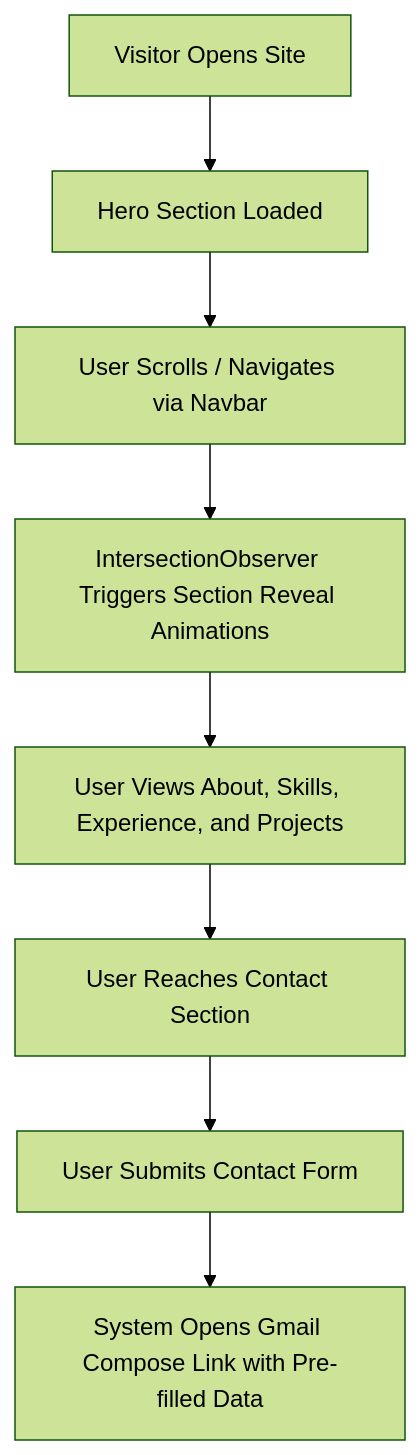
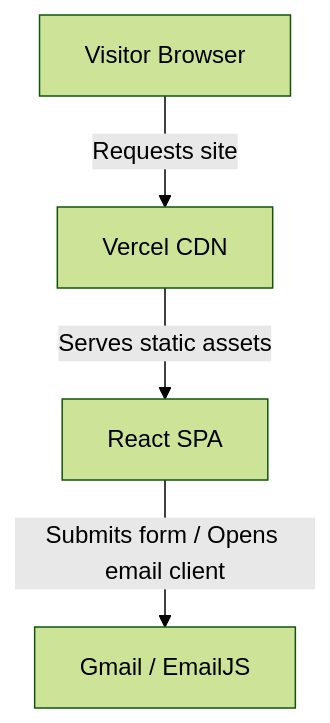
Before and after one commit to dawoodijaz1999/Doc-bot: the diagram in docs/Portfolio.md, drawn with Mermaid (forest theme). The commit also changed other lines of this file and 3 other files, not shown here.

````diff
--- a/docs/Portfolio.md
+++ b/docs/Portfolio.md
@@ -34,10 +10,6 @@
 ```mermaid
 flowchart TD
-    A[Visitor Opens Site] --> B[Hero Section Loaded]
-    B --> C[User Scrolls / Navigates via Navbar]
-    C --> D[IntersectionObserver Triggers Section Reveal Animations]
-    D --> E[User Views About, Skills, Experience, and Projects]
-    E --> F[User Reaches Contact Section]
-    F --> G[User Submits Contact Form]
-    G --> H[System Opens Gmail Compose Link with Pre-filled Data]
+    A[Visitor Browser] -->|Requests site| B[Vercel CDN]
+    B -->|Serves static assets| C[React SPA]
+    C -->|Submits form / Opens email client| D[Gmail / EmailJS]
 ```
````
